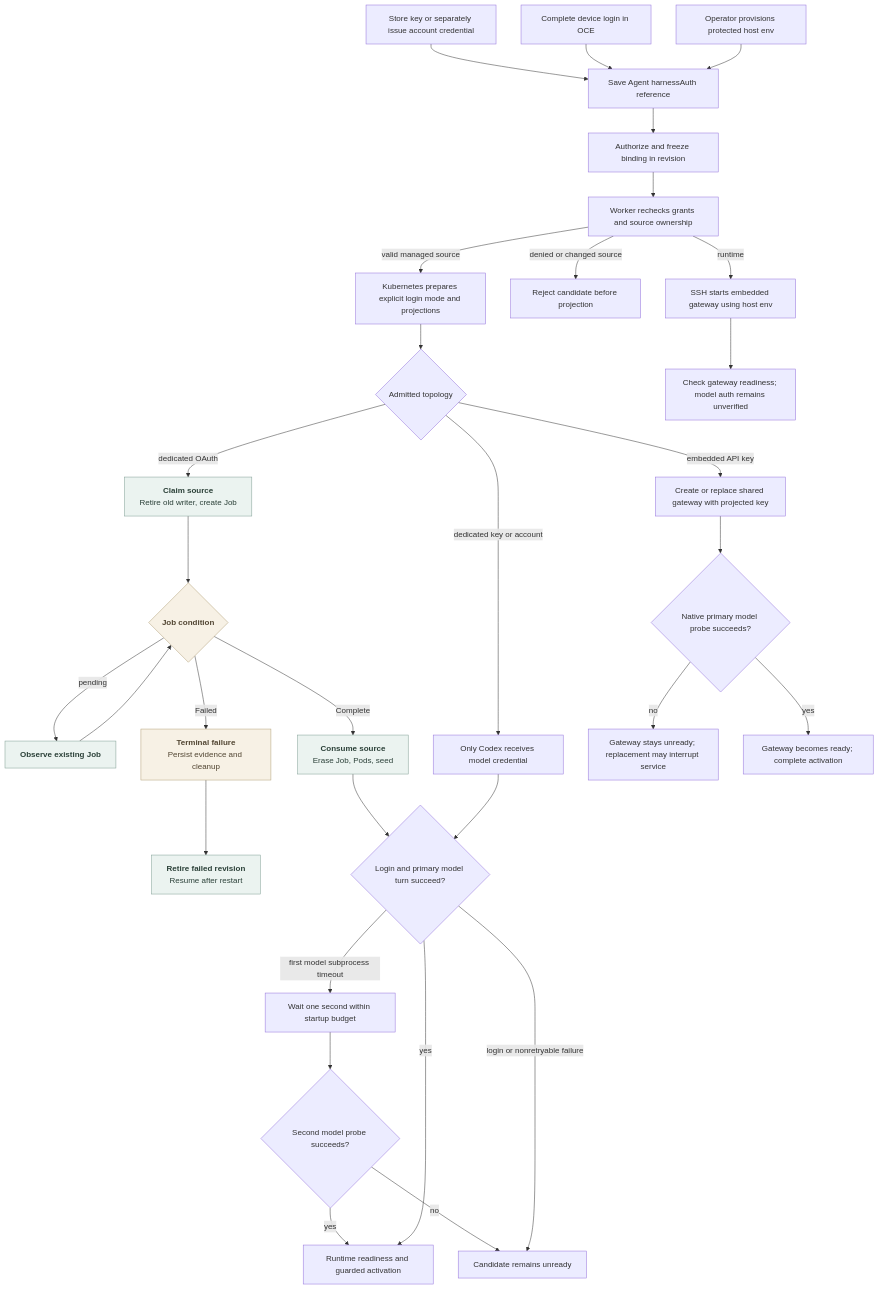
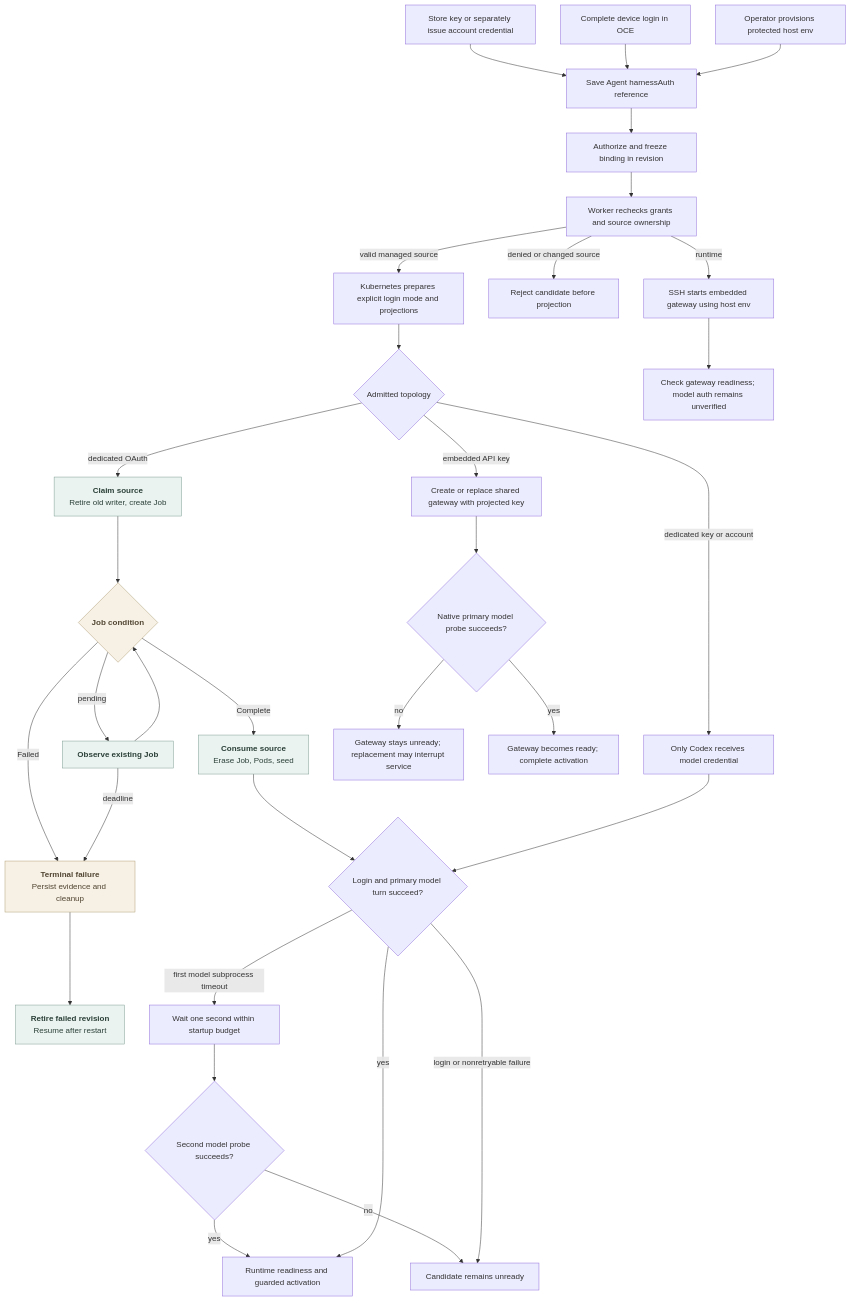
Before and after one commit to openclaw/openclaw-enterprise: the diagram in docs/flows/native-service-account-credential-delivery.md, drawn with Mermaid. The commit also changed other lines of this file, not shown here.

First line of the commit message:
docs(flows): trace oauth bootstrap retirement at the convergence deadline

````diff
--- a/docs/flows/native-service-account-credential-delivery.md
+++ b/docs/flows/native-service-account-credential-delivery.md
@@ -31,38 +31,39 @@
 ```mermaid
 graph TD
   A["Store key or separately issue account credential"] --> B["Save Agent harnessAuth reference"]
   DA["Complete device login in OCE"] --> B
   G -->|dedicated OAuth| OA["<b>Claim source</b><br/>Retire old writer, create Job"]
   OA --> OC{"<b>Job condition</b>"}
   OC -->|pending| OP["<b>Observe existing Job</b>"]
   OP --> OC
   OC -->|Complete| OB["<b>Consume source</b><br/>Erase Job, Pods, seed"]
   OC -->|Failed| OF["<b>Terminal failure</b><br/>Persist evidence and cleanup"]
+  OP -->|deadline| OF
   OF --> OG["<b>Retire failed revision</b><br/>Resume after restart"]
   OB --> J
   R["Operator provisions protected host env"] --> B
   D -->|runtime| S["SSH starts embedded gateway using host env"]
   S --> T["Check gateway readiness; model auth remains unverified"]
   B --> C["Authorize and freeze binding in revision"]
   C --> D["Worker rechecks grants and source ownership"]
   D -->|denied or changed source| E["Reject candidate before projection"]
   D -->|valid managed source| F["Kubernetes prepares explicit login mode and projections"]
   F --> G{"Admitted topology"}
   G -->|embedded API key| H["Create or replace shared gateway with projected key"]
   G -->|dedicated key or account| I["Only Codex receives model credential"]
   I --> J{"Login and primary model turn succeed?"}
   J -->|first model subprocess timeout| P["Wait one second within startup budget"]
   P --> Q{"Second model probe succeeds?"}
   Q -->|yes| L
   Q -->|no| K["Candidate remains unready"]
   J -->|login or nonretryable failure| K
   J -->|yes| L["Runtime readiness and guarded activation"]
   H --> M{"Native primary model probe succeeds?"}
   M -->|no| N["Gateway stays unready; replacement may interrupt service"]
   M -->|yes| O["Gateway becomes ready; complete activation"]
 
   classDef operation fill:#EBF3F0,stroke:#7F9D93,color:#2B4038,stroke-width:1px
   classDef blocked fill:#F7F1E5,stroke:#B3A078,color:#514532,stroke-width:1px
   class OA,OP,OB,OG operation
   class OC,OF blocked
 ```
````
